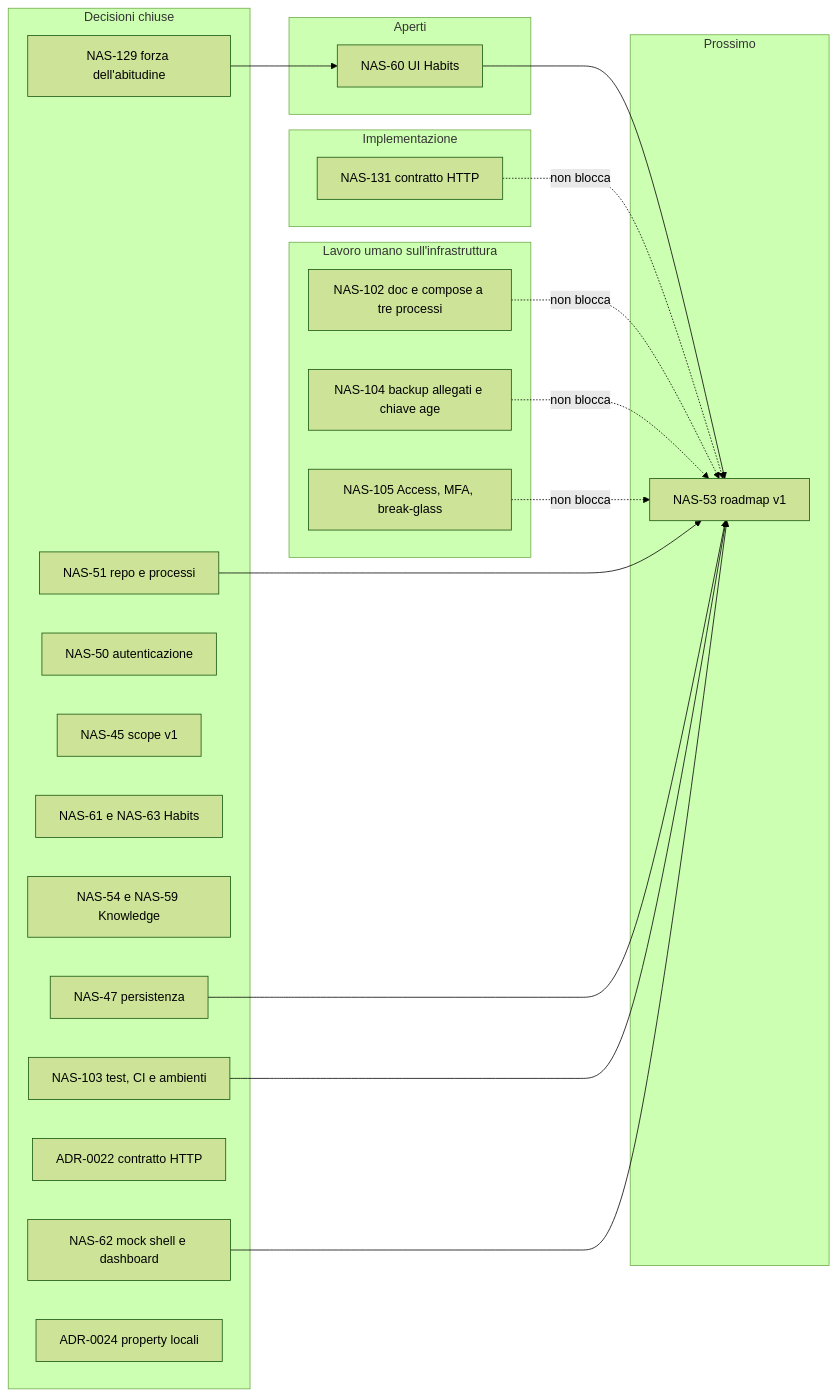
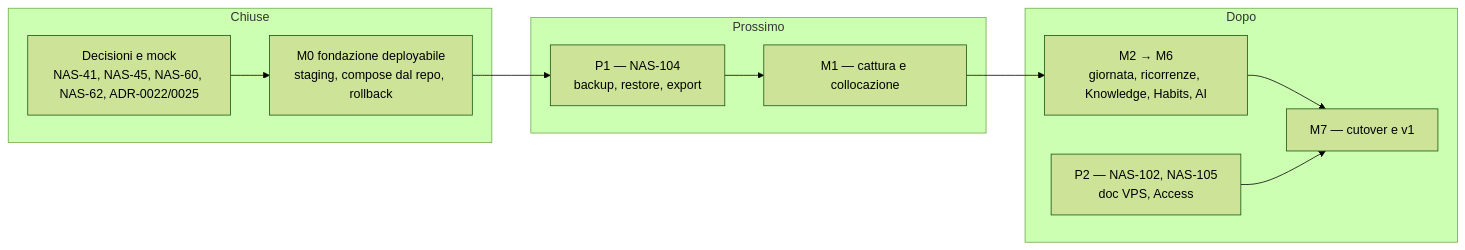
Diagram 23 of 23 in docs/architecture/diagrams.md (cgiovanni96/nando), drawn with Mermaid (forest theme) before and after one commit. The commit also changed other lines of this file and 1 other file, not shown here.

Commit message:
docs: chiude M0 e aggiorna la posizione nella roadmap (#19)

````diff
--- a/docs/architecture/diagrams.md
+++ b/docs/architecture/diagrams.md
@@ -855,45 +858,25 @@
 ```mermaid
 flowchart LR
-    subgraph DONE["Decisioni chiuse"]
-        D1["NAS-51 repo e processi"]
-        D2["NAS-47 persistenza"]
-        D3["NAS-50 autenticazione"]
-        D4["NAS-45 scope v1"]
-        D5["NAS-61 e NAS-63 Habits"]
-        D6["NAS-54 e NAS-59 Knowledge"]
-        D7["NAS-129 forza dell'abitudine"]
-        D8["NAS-103 test, CI e ambienti"]
-        D9["ADR-0022 contratto HTTP"]
-        D10["NAS-62 mock shell e dashboard"]
-        D11["ADR-0024 property locali"]
-    end
-
-    subgraph OPEN["Aperti"]
-        O2["NAS-60 UI Habits"]
-    end
-
-    subgraph IMPL["Implementazione"]
-        I1["NAS-131 contratto HTTP"]
-    end
-
-    subgraph HUMAN["Lavoro umano sull'infrastruttura"]
-        H1["NAS-102 doc e compose a tre processi"]
-        H2["NAS-104 backup allegati e chiave age"]
-        H3["NAS-105 Access, MFA, break-glass"]
+    subgraph DONE["Chiuse"]
+        M0["M0 fondazione deployabile<br/>staging, compose dal repo, rollback"]
+        D["Decisioni e mock<br/>NAS-41, NAS-45, NAS-60, NAS-62, ADR-0022/0025"]
     end
 
     subgraph NEXT["Prossimo"]
-        R["NAS-53 roadmap v1"]
+        P1["P1 — NAS-104<br/>backup, restore, export"]
+        M1["M1 — cattura e collocazione"]
     end
 
-    O2 --> R
-    I1 -.->|"non blocca"| R
-    H1 -.->|"non blocca"| R
-    H2 -.->|"non blocca"| R
-    H3 -.->|"non blocca"| R
-    D1 --> R
-    D2 --> R
-    D7 --> O2
-    D8 --> R
-    D10 --> R
+    subgraph LATER["Dopo"]
+        M2["M2 → M6<br/>giornata, ricorrenze, Knowledge, Habits, AI"]
+        P2["P2 — NAS-102, NAS-105<br/>doc VPS, Access"]
+        M7["M7 — cutover e v1"]
+    end
+
+    D --> M0
+    M0 --> P1
+    P1 --> M1
+    M1 --> M2
+    M2 --> M7
+    P2 --> M7
 ```
````
